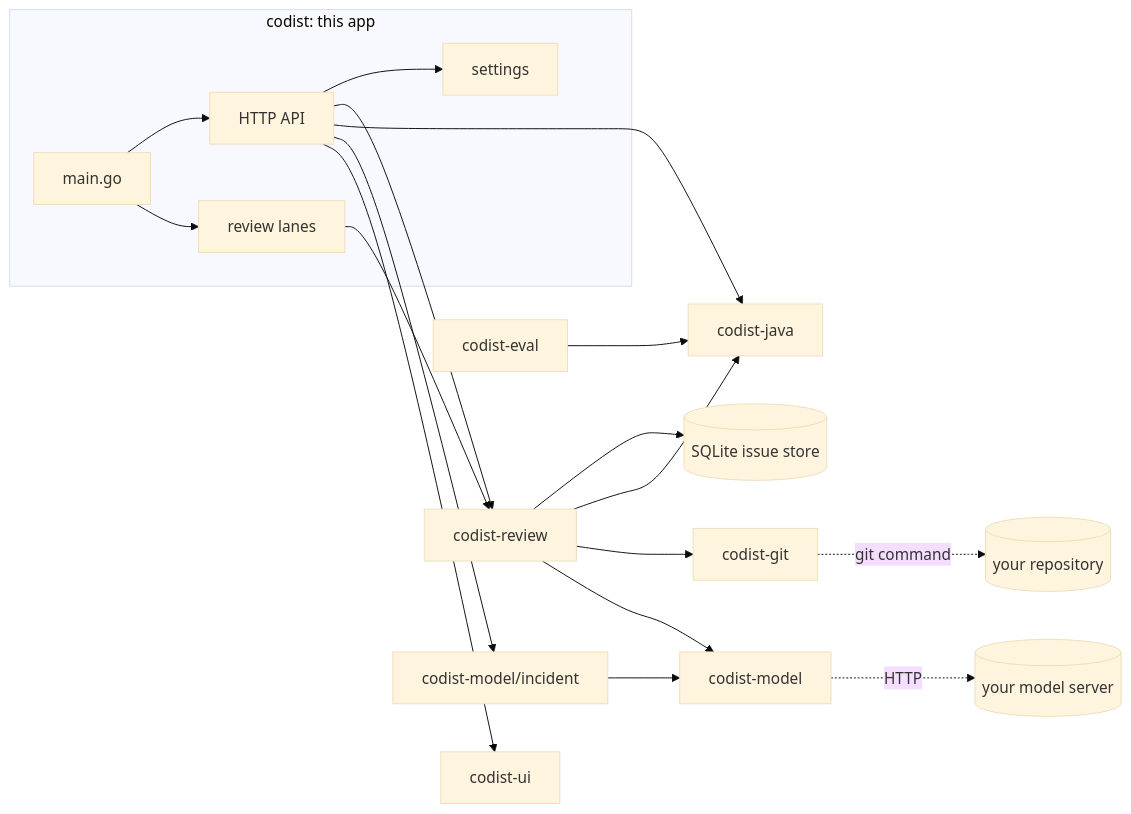
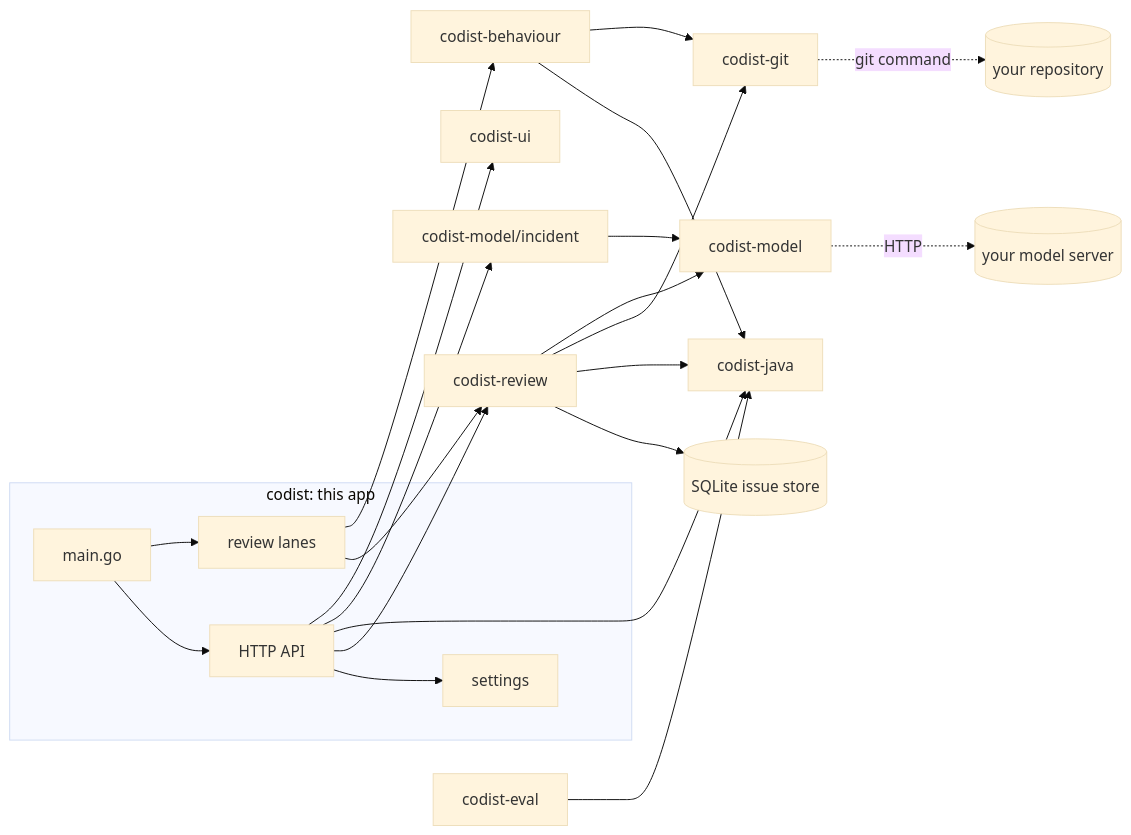
One commit to AbiXnash/codist changed the diagram in docs/architecture.md. Above: the diagram before and after it, drawn with Mermaid (base theme). The commit also changed other lines of this file and 15 other files, not shown here.

````diff
--- a/docs/architecture.md
+++ b/docs/architecture.md
@@ -6,21 +6,24 @@
 ```mermaid
 flowchart LR
   subgraph app[codist: this app]
     main[main.go] --> api[HTTP API]
     main --> lanes[review lanes]
     api --> config[settings]
   end
   lanes --> review[codist-review]
   api --> review
   review --> store[(SQLite issue store)]
   review --> java[codist-java]
   review --> git[codist-git]
   review --> model[codist-model]
   api --> java
   api --> incident[codist-model/incident]
   incident --> model
   api --> ui[codist-ui]
+  lanes --> behaviour[codist-behaviour]
+  behaviour --> java
+  behaviour --> git
   model -. HTTP .-> server[(your model server)]
   git -. git command .-> repo[(your repository)]
   eval[codist-eval] --> java
 ```
````
